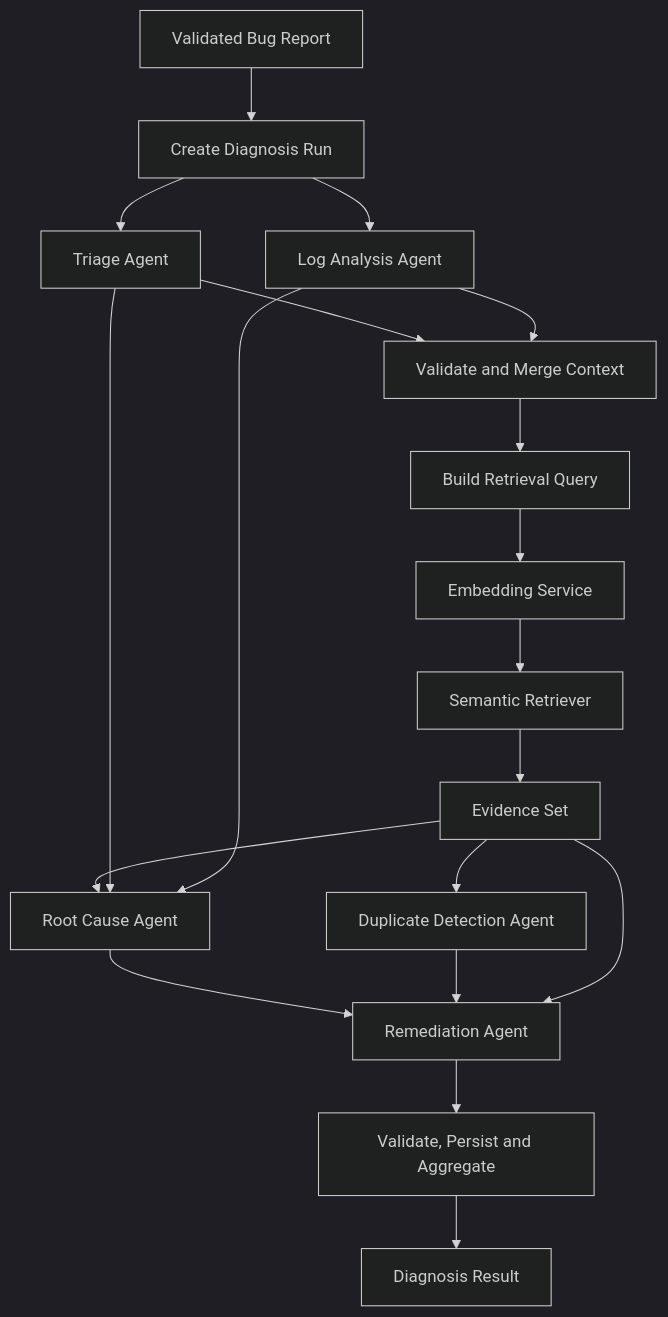
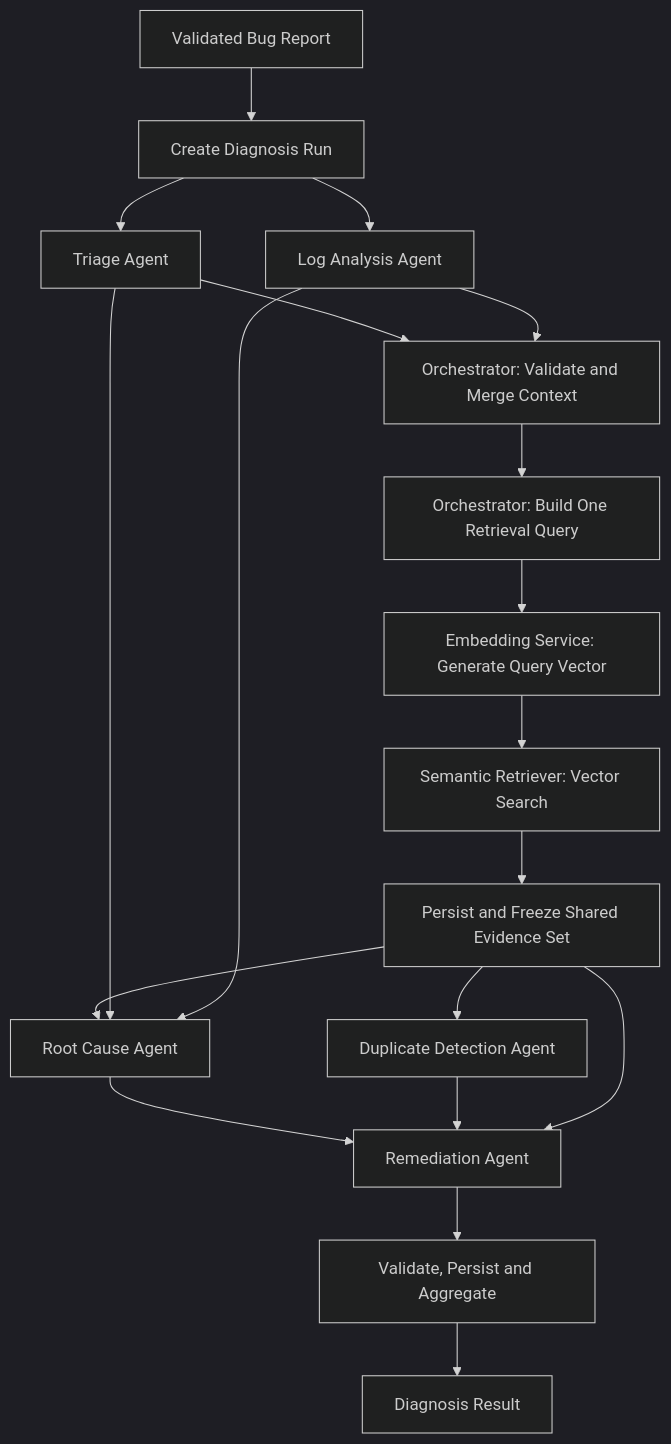
Before and after one commit to Mokshsaini7/intelligent-bug-diagnosis-platform: the first of 2 diagrams in docs/agent-design.md, drawn with Mermaid (dark theme). The commit also changed other lines of this file, not shown here.

````diff
--- a/docs/agent-design.md
+++ b/docs/agent-design.md
@@ -566,21 +622,21 @@
 ```mermaid
 flowchart TD
     A["Validated Bug Report"] --> B["Create Diagnosis Run"]
     B --> C["Triage Agent"]
     B --> D["Log Analysis Agent"]
-    C --> E["Validate and Merge Context"]
+    C --> E["Orchestrator: Validate and Merge Context"]
     D --> E
-    E --> F["Build Retrieval Query"]
-    F --> G["Embedding Service"]
-    G --> H["Semantic Retriever"]
-    H --> I["Evidence Set"]
+    E --> F["Orchestrator: Build One Retrieval Query"]
+    F --> G["Embedding Service: Generate Query Vector"]
+    G --> H["Semantic Retriever: Vector Search"]
+    H --> I["Persist and Freeze Shared Evidence Set"]
     I --> J["Root Cause Agent"]
     I --> K["Duplicate Detection Agent"]
     C --> J
     D --> J
     J --> L["Remediation Agent"]
     K --> L
     I --> L
     L --> M["Validate, Persist and Aggregate"]
     M --> N["Diagnosis Result"]
 ```
````
